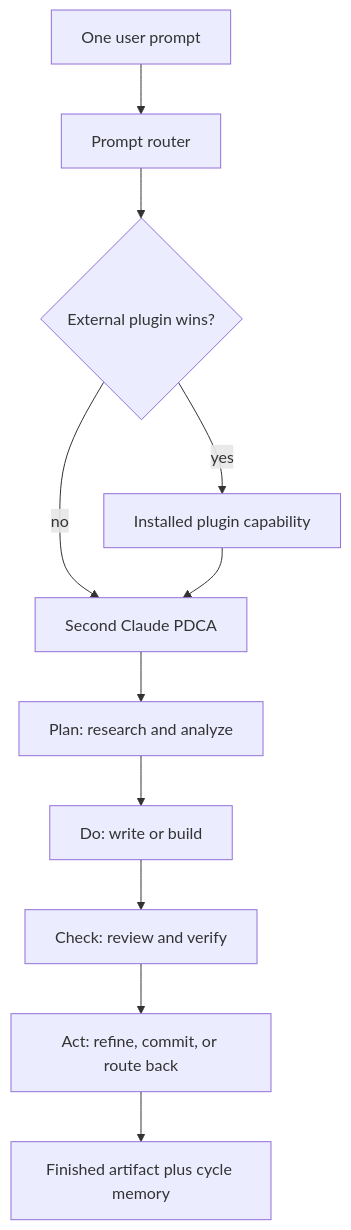
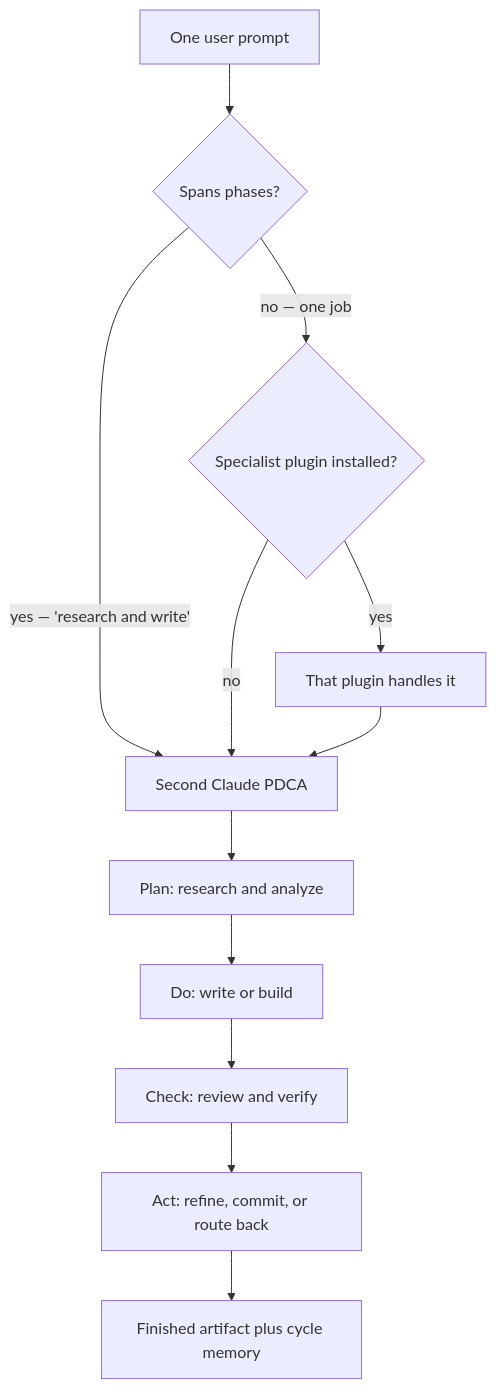
The first of 3 diagrams in README.md (unclejobs-ai/second-claude-code), drawn with Mermaid before and after one commit. The commit also changed other lines of this file and 4 other files, not shown here.

````diff
--- a/README.md
+++ b/README.md
@@ -27,13 +27,14 @@
 ```mermaid
 flowchart TB
-    U[One user prompt] --> R[Prompt router]
-    R --> O{External plugin wins?}
-    O -->|yes| E[Installed plugin capability]
-    O -->|no| P[Second Claude PDCA]
+    U[One user prompt] --> R{Spans phases?}
+    R -->|"yes — 'research and write'"| P[Second Claude PDCA]
+    R -->|"no — one job"| O{Specialist plugin installed?}
+    O -->|yes| E[That plugin handles it]
+    O -->|no| P
     E --> P
     P --> PLAN[Plan: research and analyze]
     PLAN --> DO[Do: write or build]
     DO --> CHECK[Check: review and verify]
     CHECK --> ACT[Act: refine, commit, or route back]
     ACT --> OUT[Finished artifact plus cycle memory]
 ```
````
